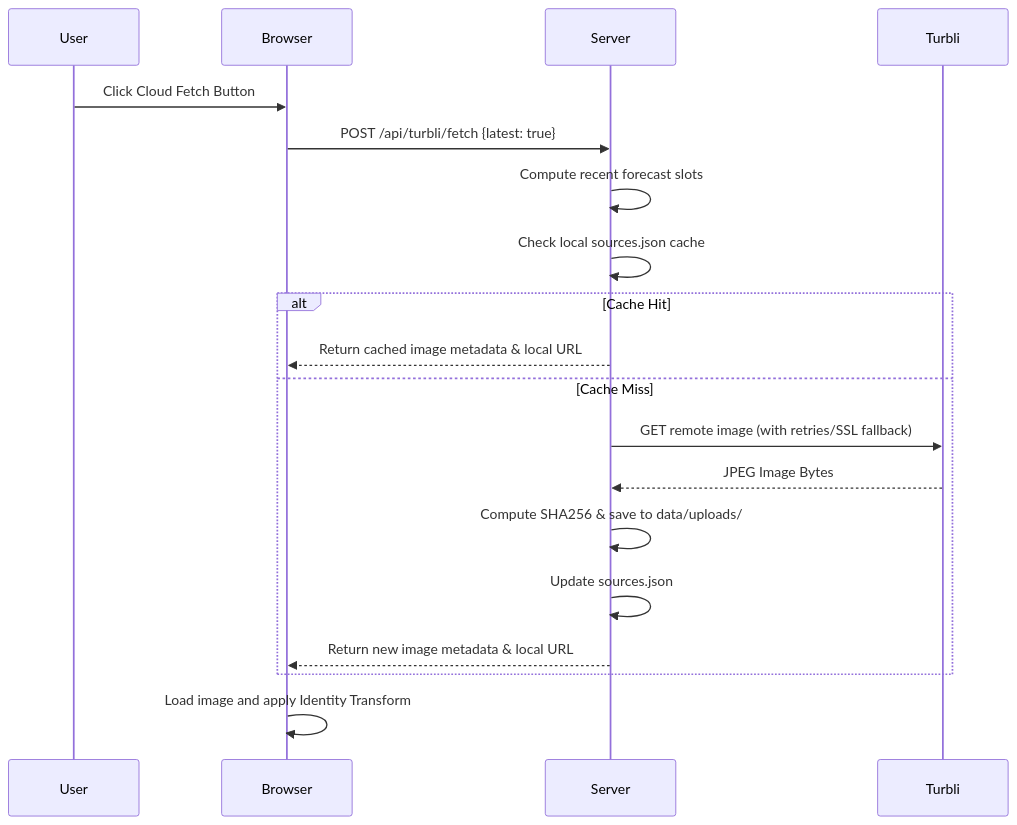
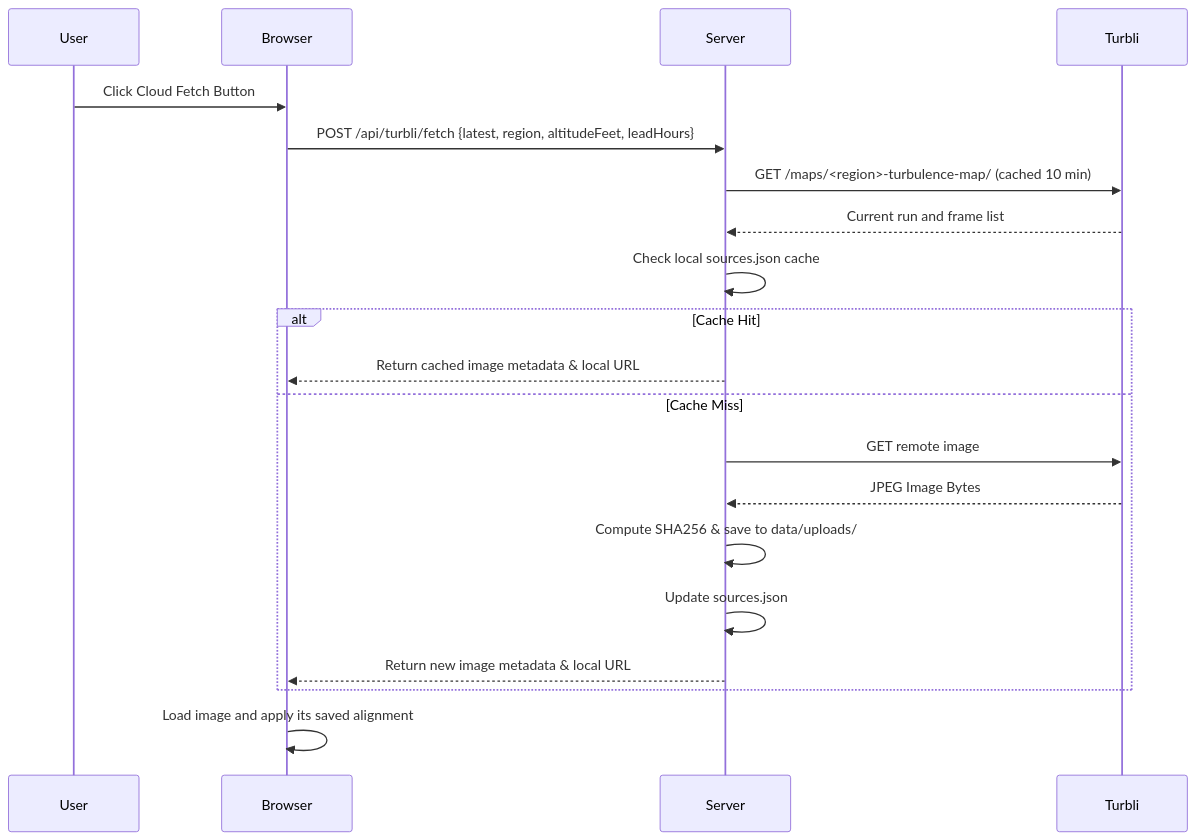
The second of 2 diagrams in README.md (anqixu/turbli_gps), drawn with Mermaid before and after one commit. The commit also changed other lines of this file and 7 other files, not shown here.

First line of the commit message:
Fix Turbli fetch by reading the current run from the map page

````diff
--- a/README.md
+++ b/README.md
@@ -48,22 +48,23 @@
 ```mermaid
 sequenceDiagram
     participant User
     participant Browser
     participant Server
     participant Turbli
     
     User->>Browser: Click Cloud Fetch Button
-    Browser->>Server: POST /api/turbli/fetch {latest: true}
-    Server->>Server: Compute recent forecast slots
+    Browser->>Server: POST /api/turbli/fetch {latest, region, altitudeFeet, leadHours}
+    Server->>Turbli: GET /maps/<region>-turbulence-map/ (cached 10 min)
+    Turbli-->>Server: Current run and frame list
     Server->>Server: Check local sources.json cache
     alt Cache Hit
         Server-->>Browser: Return cached image metadata & local URL
     else Cache Miss
-        Server->>Turbli: GET remote image (with retries/SSL fallback)
+        Server->>Turbli: GET remote image
         Turbli-->>Server: JPEG Image Bytes
         Server->>Server: Compute SHA256 & save to data/uploads/
         Server->>Server: Update sources.json
         Server-->>Browser: Return new image metadata & local URL
     end
-    Browser->>Browser: Load image and apply Identity Transform
+    Browser->>Browser: Load image and apply its saved alignment
 ```
````
